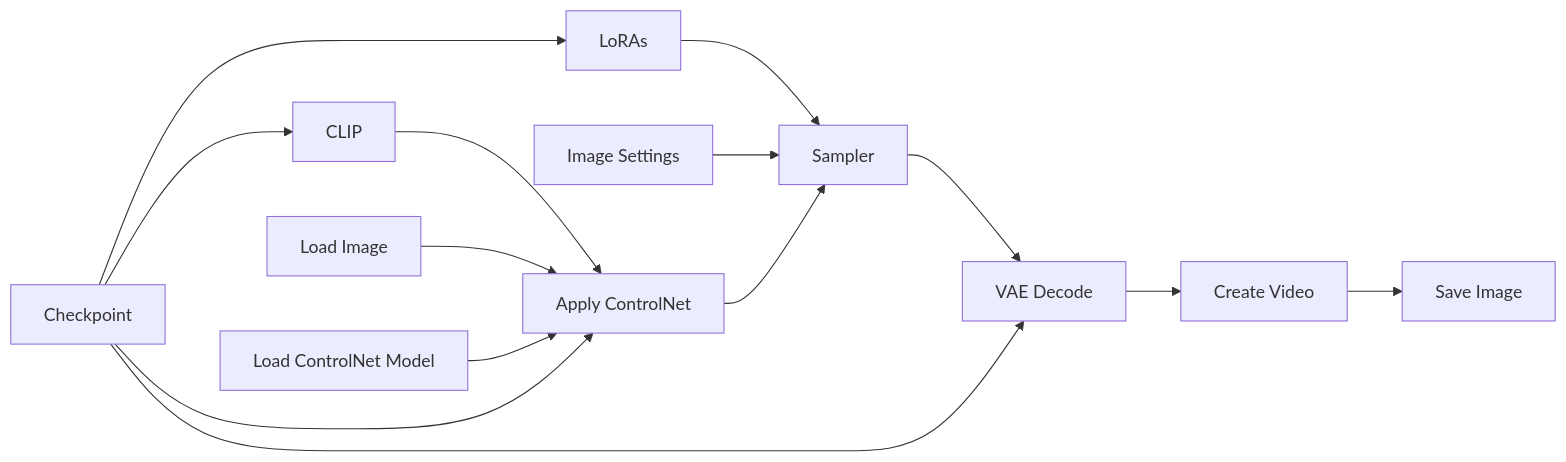
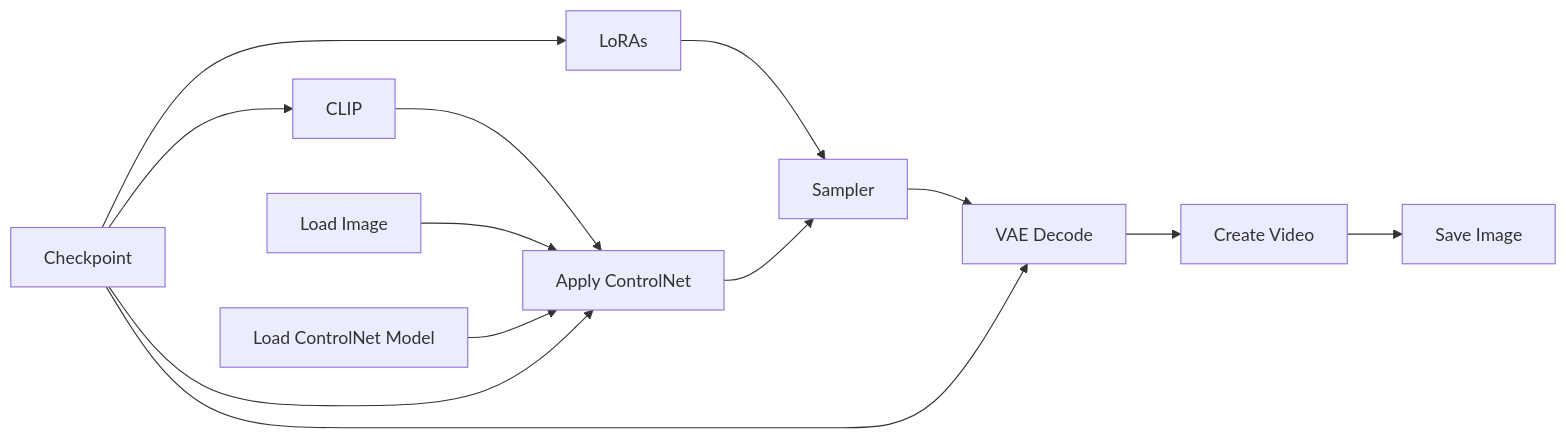
The second of 2 diagrams in ComfyUI/Guide-ComfyUI-Pose.md (felipebottega/AI-Audiovisual-Lab), drawn with Mermaid before and after one commit. The commit also changed 1 other file, not shown here.

Commit message:
feat: first commit of pose

````diff
--- a/ComfyUI/Guide-ComfyUI-Pose.md
+++ b/ComfyUI/Guide-ComfyUI-Pose.md
@@ -23,12 +23,11 @@
 ```mermaid
 flowchart LR
     A[Checkpoint] --> B[CLIP]
     A --> C[LoRAs] --> D[Sampler]
-    E[Image Settings] --> D
     D --> F[VAE Decode] --> G[Create Video] --> H[Save Image]
     A --> F
     B --> I[Apply ControlNet] --> D
     J[Load Image] --> I
     K[Load ControlNet Model] --> I
     A --> I
 ```
````
